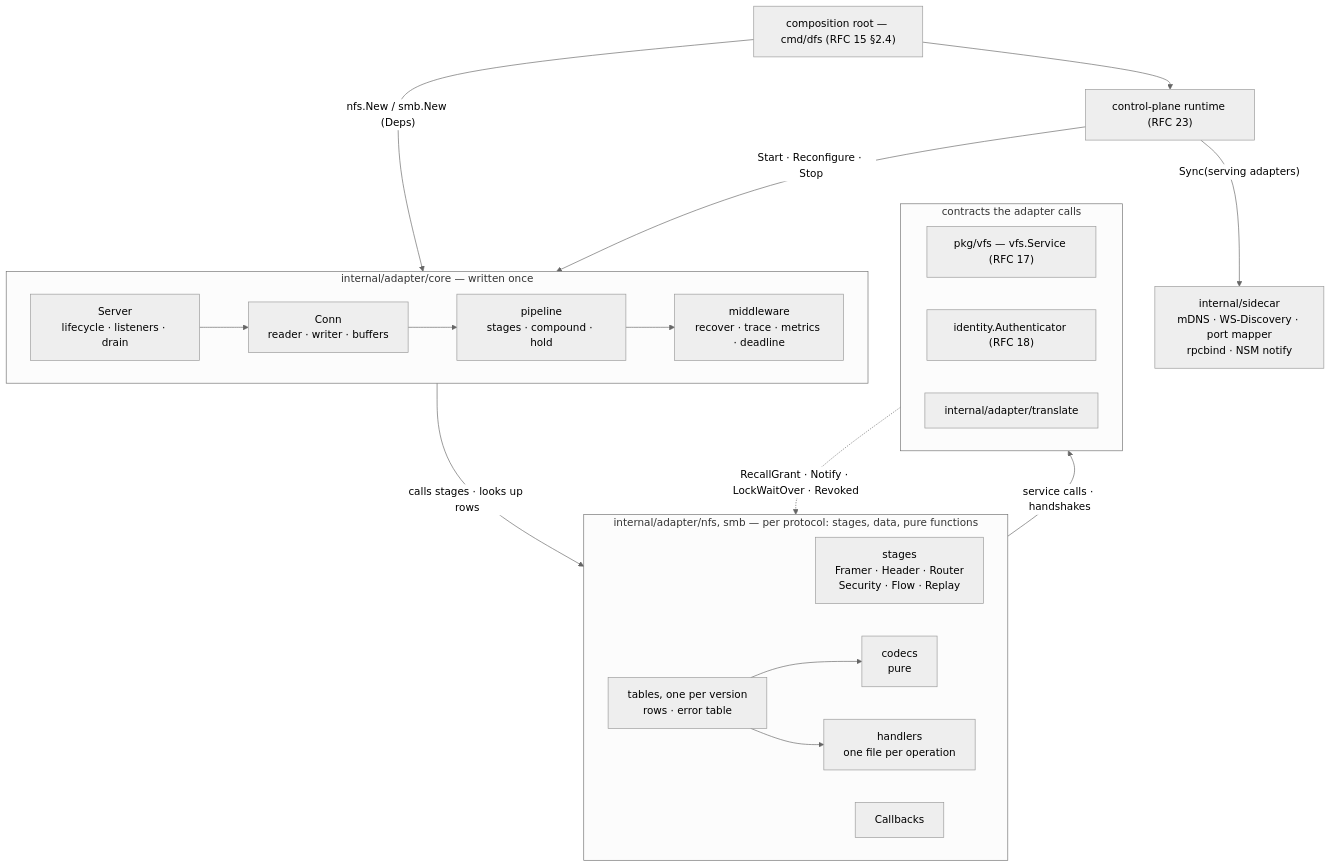
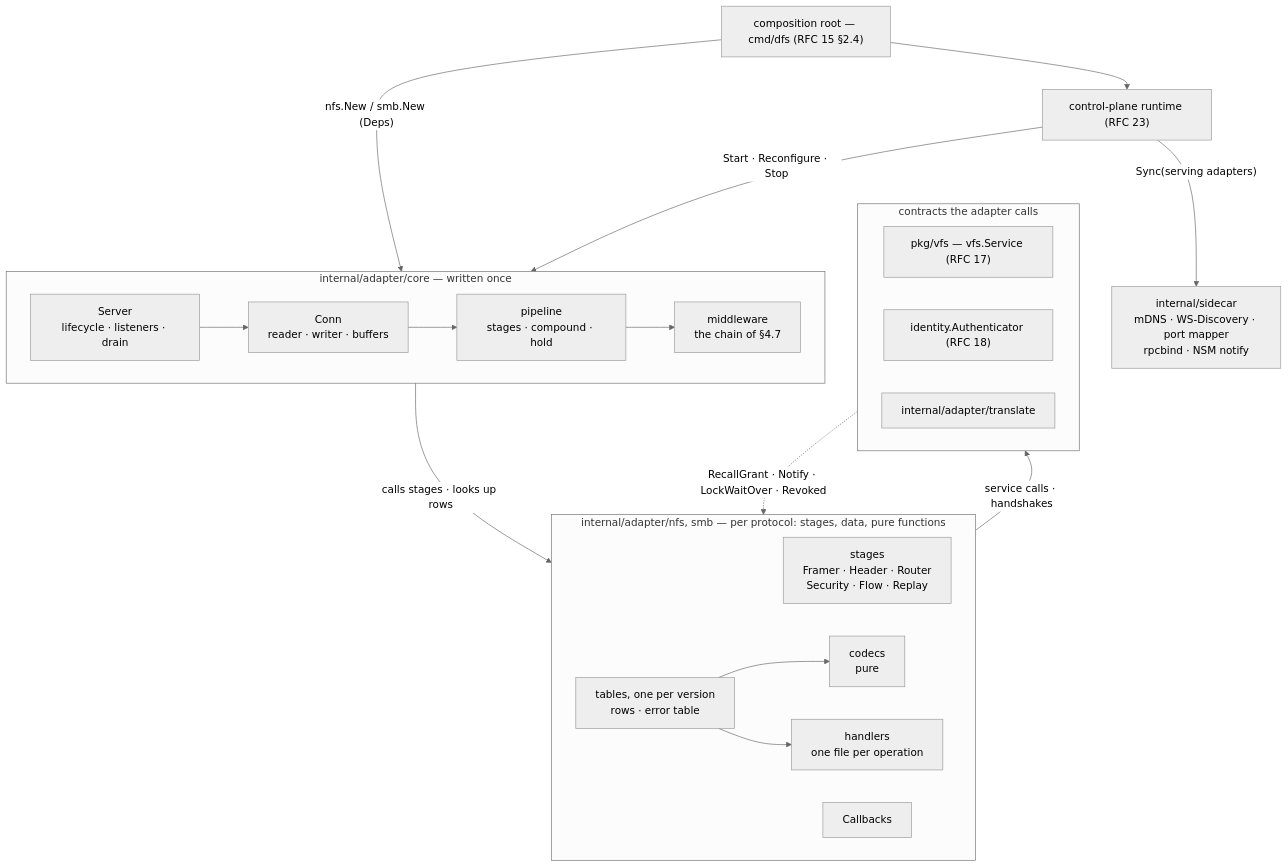
Before and after one commit to esignoretti/dittofs: the first of 3 diagrams in docs/internals/rfcs/rfc-20-adapters.md, drawn with Mermaid (neutral theme). The commit also changed other lines of this file, not shown here.

````diff
--- a/docs/internals/rfcs/rfc-20-adapters.md
+++ b/docs/internals/rfcs/rfc-20-adapters.md
@@ -398,36 +394,36 @@
 ```mermaid
 flowchart TB
   root["composition root — cmd/dfs (RFC 15 §2.4)"]
   cp["control-plane runtime (RFC 23)"]
   subgraph core["internal/adapter/core — written once"]
     direction LR
     srv["Server<br/>lifecycle · listeners · drain"]
     conn["Conn<br/>reader · writer · buffers"]
     pipe["pipeline<br/>stages · compound · hold"]
-    mw["middleware<br/>recover · trace · metrics · deadline"]
+    mw["middleware<br/>the chain of §4.7"]
     srv --> conn --> pipe --> mw
   end
   subgraph proto["internal/adapter/nfs, smb — per protocol: stages, data, pure functions"]
     direction LR
     parts["stages<br/>Framer · Header · Router<br/>Security · Flow · Replay"]
     tables["tables, one per version<br/>rows · error table"]
     handlers["handlers<br/>one file per operation"]
     codecs["codecs<br/>pure"]
     cbs["Callbacks"]
     tables --> codecs & handlers
   end
   subgraph below["contracts the adapter calls"]
     direction LR
     svc["pkg/vfs — vfs.Service (RFC 17)"]
     auth["identity.Authenticator (RFC 18)"]
     translate["internal/adapter/translate"]
   end
   root -- "nfs.New / smb.New (Deps)" --> core
   root --> cp
   cp -- "Start · Reconfigure · Stop" --> core
   side["internal/sidecar<br/>mDNS · WS-Discovery · port mapper<br/>rpcbind · NSM notify"]
   cp -- "Sync(serving adapters)" --> side
   core -- "calls stages · looks up rows" --> proto
   proto -- "service calls · handshakes" --> below
   svc -. "RecallGrant · Notify · LockWaitOver · Revoked" .-> cbs
 ```
````
